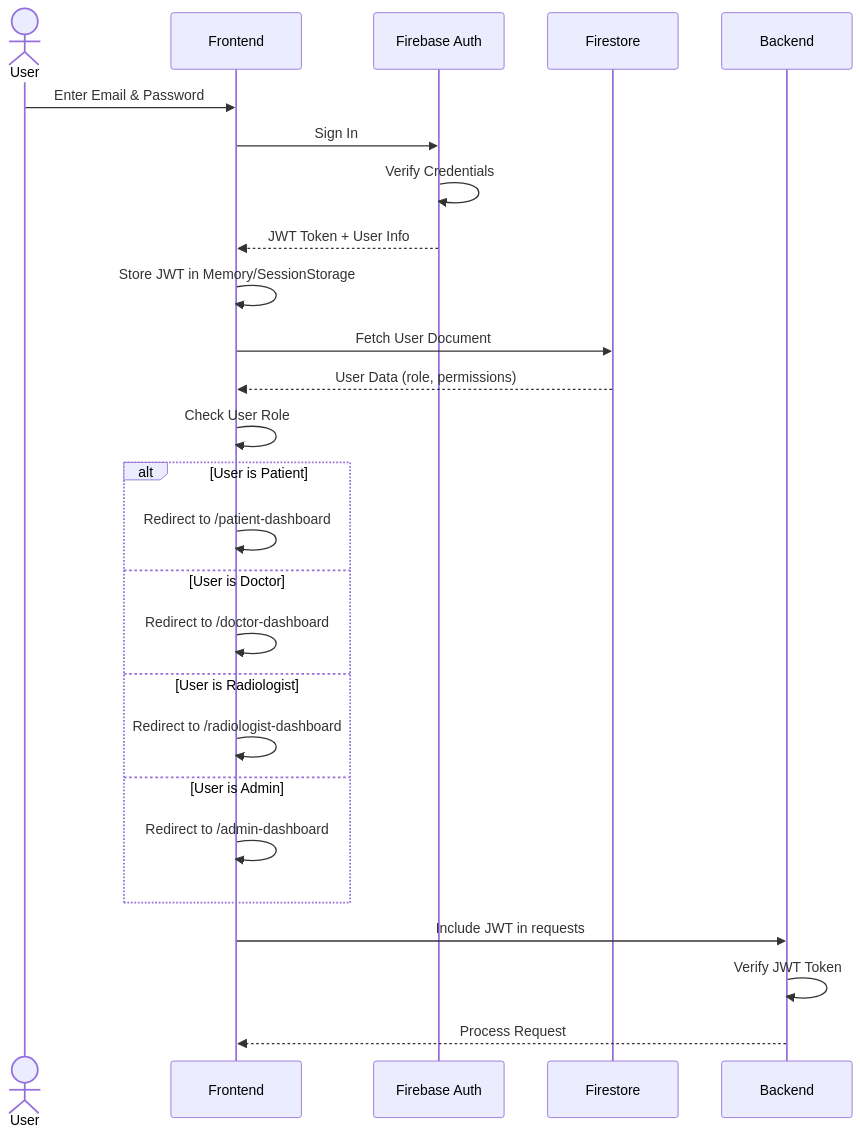
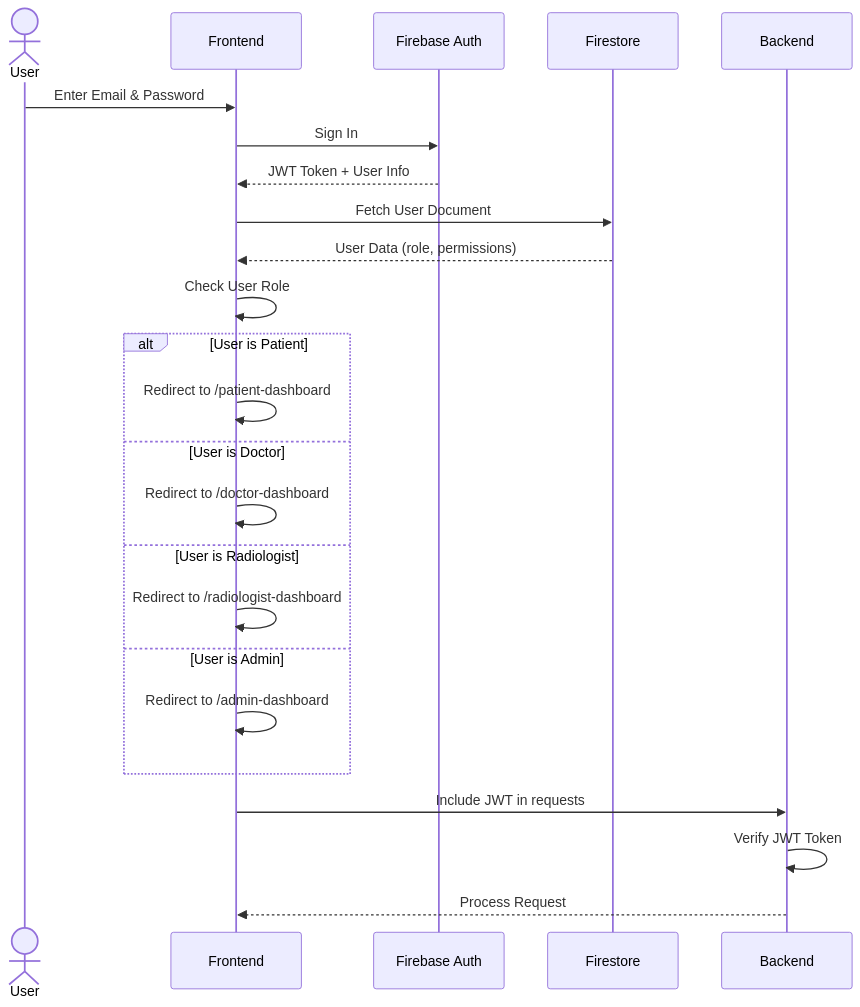
One commit to amna-T/MedAlze changed the eighth of 10 diagrams in SEQUENCE_DIAGRAMS.md. Above: the diagram before and after it, drawn with Mermaid. The commit also changed 1 other file, not shown here.

Commit message:
Fix: Update backend URL to medalze-backend.onrender.com with new Gemini API key

````diff
--- a/SEQUENCE_DIAGRAMS.md
+++ b/SEQUENCE_DIAGRAMS.md
@@ -261,33 +261,31 @@
 ```mermaid
 sequenceDiagram
     actor User
     participant Frontend
     participant Firebase Auth
     participant Firestore
     participant Backend
 
     User->>Frontend: Enter Email & Password
     Frontend->>Firebase Auth: Sign In
-    Firebase Auth->>Firebase Auth: Verify Credentials
     Firebase Auth-->>Frontend: JWT Token + User Info
     
-    Frontend->>Frontend: Store JWT in Memory/SessionStorage
     Frontend->>Firestore: Fetch User Document
     Firestore-->>Frontend: User Data (role, permissions)
     
     Frontend->>Frontend: Check User Role
     
     alt User is Patient
         Frontend->>Frontend: Redirect to /patient-dashboard
     else User is Doctor
         Frontend->>Frontend: Redirect to /doctor-dashboard
     else User is Radiologist
         Frontend->>Frontend: Redirect to /radiologist-dashboard
     else User is Admin
         Frontend->>Frontend: Redirect to /admin-dashboard
     end
     
     Frontend->>Backend: Include JWT in requests
     Backend->>Backend: Verify JWT Token
     Backend-->>Frontend: Process Request
 ```
````
